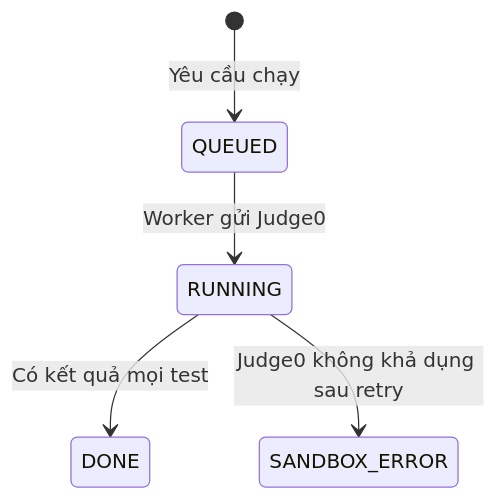
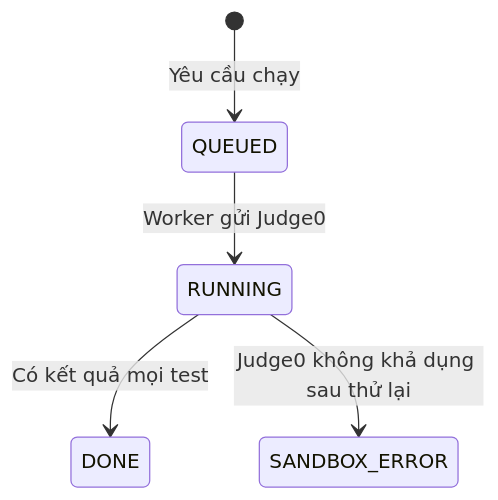
Before and after one commit to hygef-v4/AI-Powered-Learning-Platform: the second of 2 diagrams in aidlc-docs/construction/u13-ai-code-execution/functional-design/domain-entities.md, drawn with Mermaid. The commit also changed other lines of this file and 199 other files, not shown here.

````diff
--- a/aidlc-docs/construction/u13-ai-code-execution/functional-design/domain-entities.md
+++ b/aidlc-docs/construction/u13-ai-code-execution/functional-design/domain-entities.md
@@ -99,7 +80,7 @@
 ```mermaid
 stateDiagram-v2
     [*] --> QUEUED: Yêu cầu chạy
     QUEUED --> RUNNING: Worker gửi Judge0
     RUNNING --> DONE: Có kết quả mọi test
-    RUNNING --> SANDBOX_ERROR: Judge0 không khả dụng sau retry
+    RUNNING --> SANDBOX_ERROR: Judge0 không khả dụng sau thử lại
 ```
````
